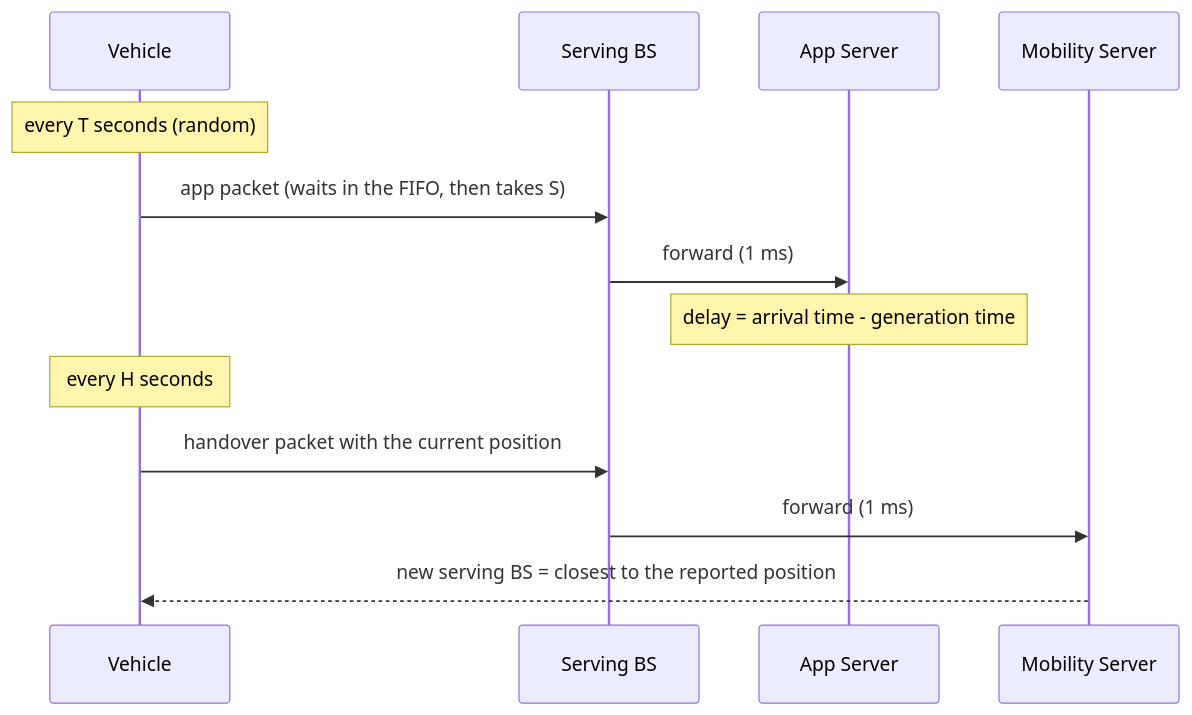
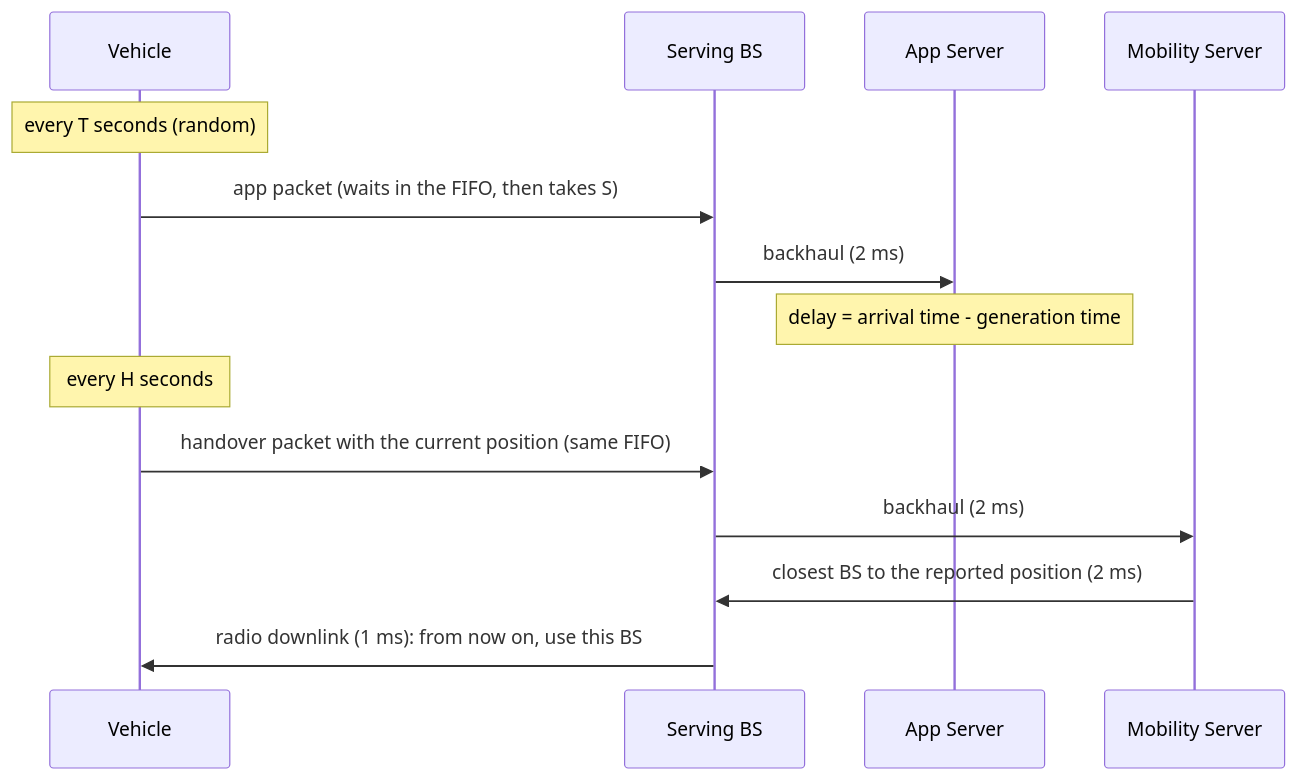
The second of 2 diagrams in README.md (Milko0/5G-Vehicle), drawn with Mermaid before and after one commit. The commit also changed other lines of this file and 49 other files, not shown here.

````diff
--- a/README.md
+++ b/README.md
@@ -30,17 +38,18 @@
 ```mermaid
 sequenceDiagram
     participant V as Vehicle
     participant BS as Serving BS
     participant AS as App Server
     participant MS as Mobility Server
 
     Note over V: every T seconds (random)
     V->>BS: app packet (waits in the FIFO, then takes S)
-    BS->>AS: forward (1 ms)
+    BS->>AS: backhaul (2 ms)
     Note over AS: delay = arrival time - generation time
 
     Note over V: every H seconds
-    V->>BS: handover packet with the current position
-    BS->>MS: forward (1 ms)
-    MS-->>V: new serving BS = closest to the reported position
+    V->>BS: handover packet with the current position (same FIFO)
+    BS->>MS: backhaul (2 ms)
+    MS->>BS: closest BS to the reported position (2 ms)
+    BS->>V: radio downlink (1 ms): from now on, use this BS
 ```
````
